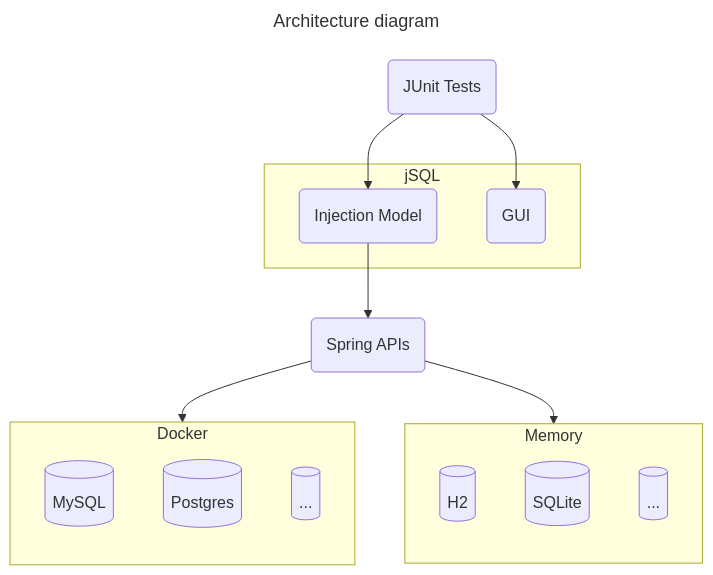
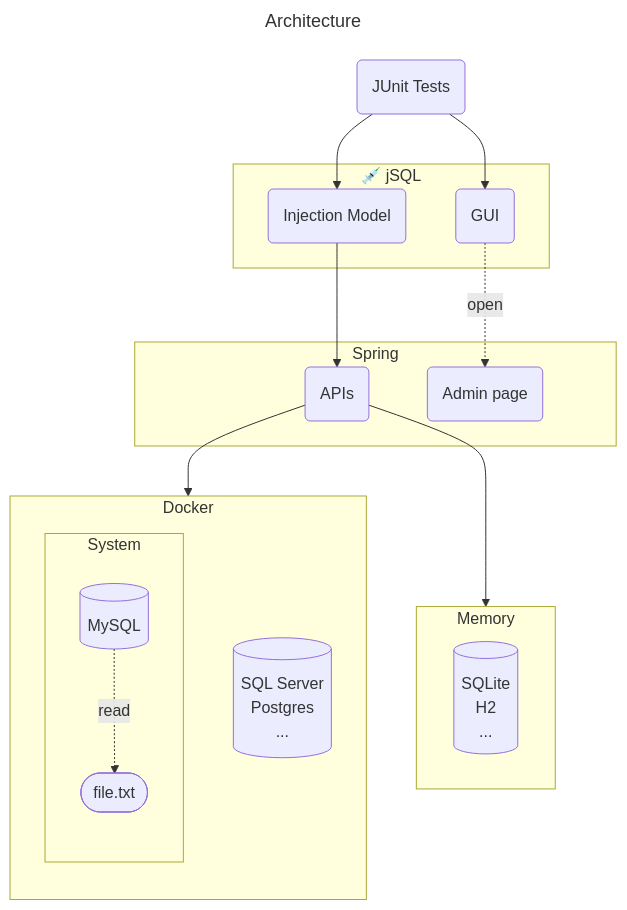
One commit to ron190/jsql-injection changed the diagram in README.md. Above: the diagram before and after it, drawn with Mermaid. The commit also changed 49 other files, not shown here.

````diff
--- a/README.md
+++ b/README.md
@@ -43,27 +43,33 @@
 ```mermaid
 ---
-title: Architecture diagram
+title: Architecture
 ---
-graph TB
-id022(JUnit Tests)
-subgraph jSQL
-    id01(Injection Model)
-    id02(GUI)
+graph
+junit-test(JUnit Tests)
+subgraph "💉 jSQL"
+    inject-model(Injection Model)
+    gui(GUI)
 end
-id0(Spring APIs)
+subgraph Spring
+    spring-apis(APIs)
+    admin-page(Admin page)
+end
+subgraph Memory
+    memory-other[(SQLite\nH2\n...)]   
+end
 subgraph Docker
     direction TB
-    id1[(MySQL)]   
-    id2[(Postgres)]   
-    id3[(...)]      
+    subgraph System
+        direction TB
+        mysql[(MySQL)]
+        file.txt(["file.txt"])   
+    end   
+    docker-other[(SQL Server\nPostgres\n...)]   
 end
-subgraph Memory
-    direction TB
-    id5[(H2)]    
-    id8[(SQLite)]
-    id6[(...)]      
-end
-id0 --> Docker & Memory
-id01 --> id0
-id022 --> id01 & id02   
+gui -. open .-> admin-page
+spring-apis --> Docker
+spring-apis --> Memory
+mysql -. read .-> file.txt
+inject-model --> spring-apis
+junit-test --> inject-model & gui
 ```
````
